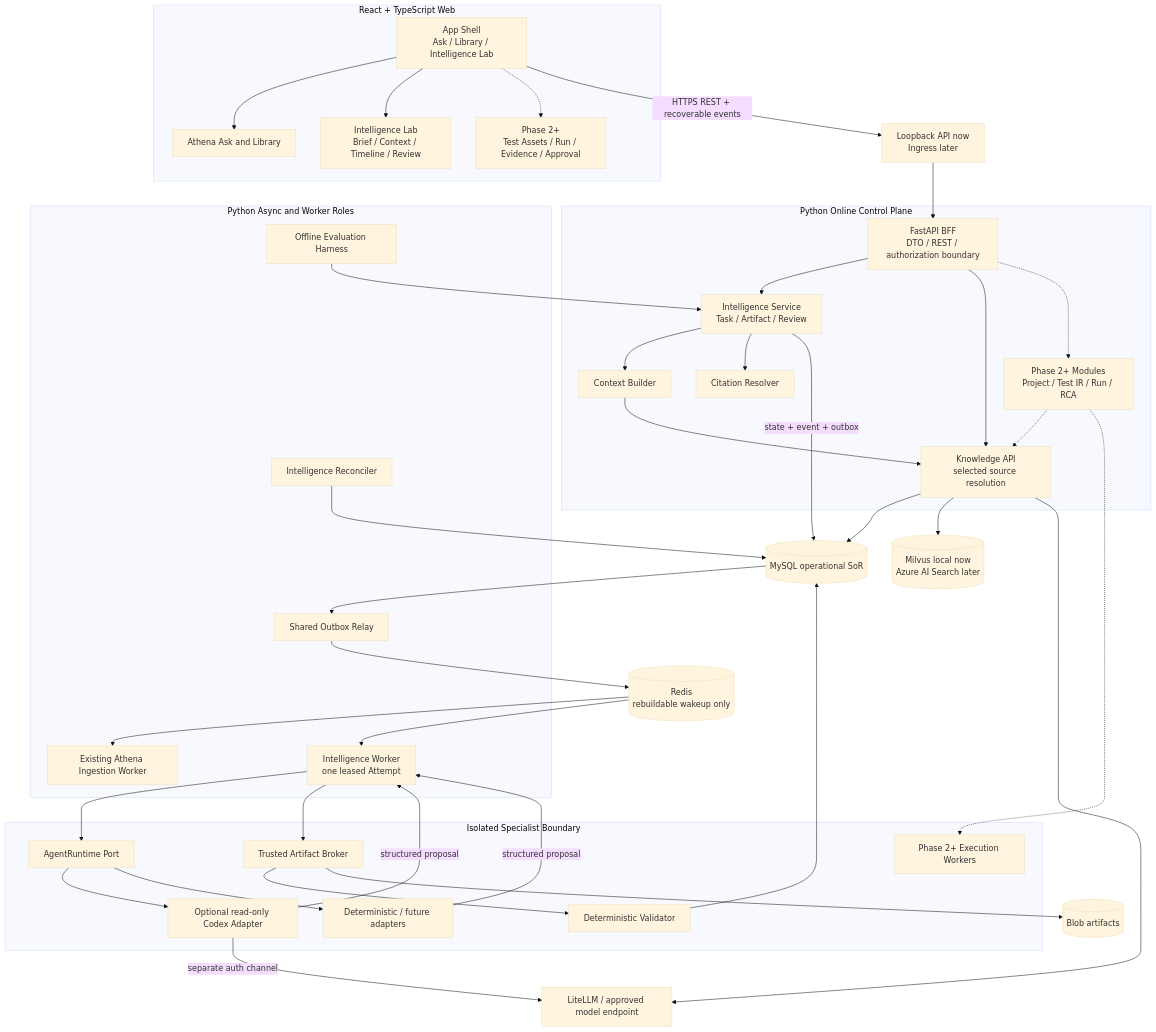
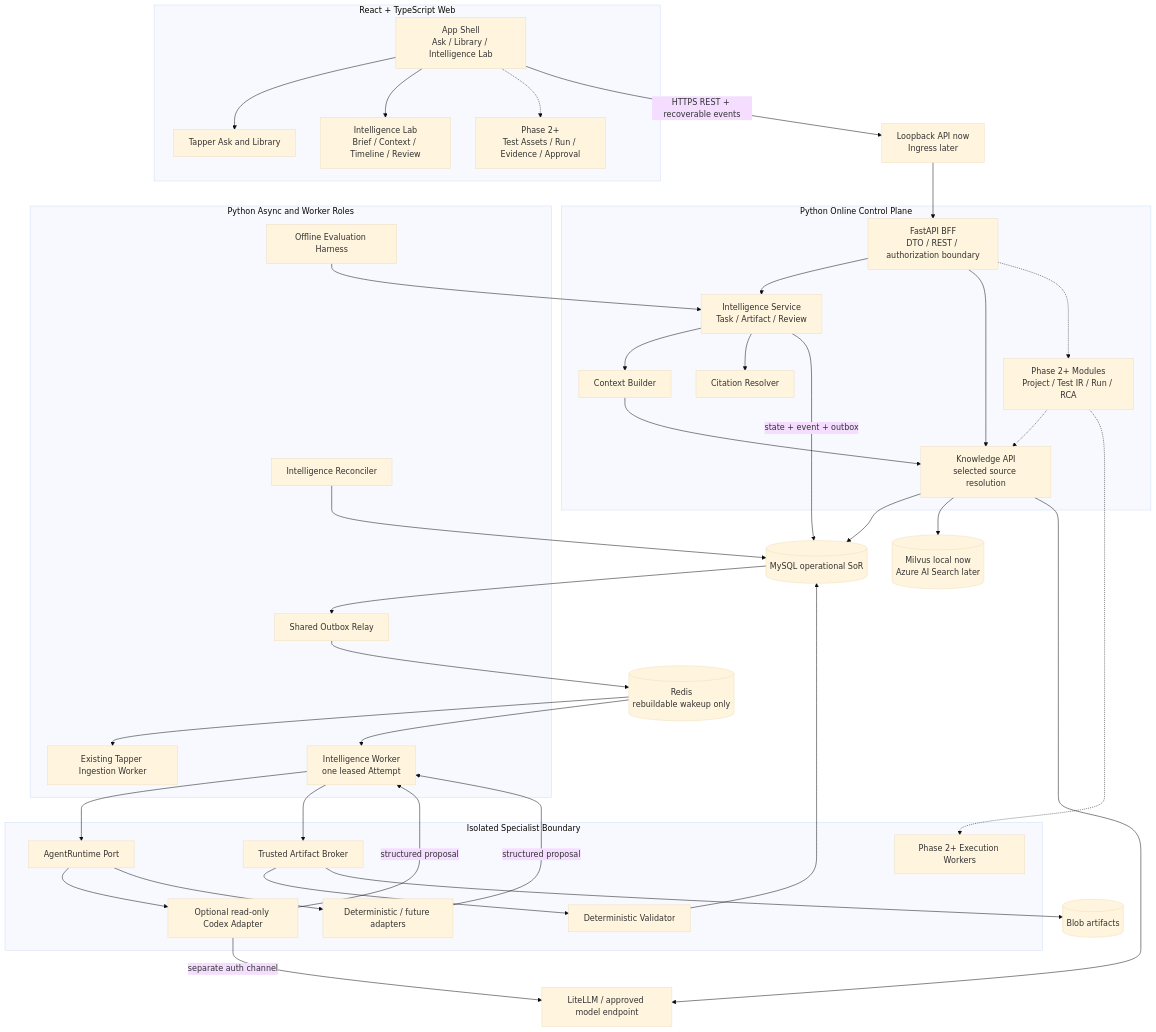
One commit to patrickstarpty/tap changed the third of 13 diagrams in docs/architecture/2026-08-20-overview.md. Above: the diagram before and after it, drawn with Mermaid (base theme). The commit also changed other lines of this file and 53 other files, not shown here.

````diff
--- a/docs/architecture/2026-08-20-overview.md
+++ b/docs/architecture/2026-08-20-overview.md
@@ -217,70 +217,70 @@
 ```mermaid
 flowchart TB
     subgraph Browser[React + TypeScript Web]
       Shell[App Shell<br/>Ask / Library / Intelligence Lab]
-      Athena[Athena Ask and Library]
+      Tapper[Tapper Ask and Library]
       Lab[Intelligence Lab<br/>Brief / Context / Timeline / Review]
       FutureUI[Phase 2+<br/>Test Assets / Run / Evidence / Approval]
-      Shell --> Athena
+      Shell --> Tapper
       Shell --> Lab
       Shell -.-> FutureUI
     end
 
     Shell -->|HTTPS REST + recoverable events| Ingress[Loopback API now<br/>Ingress later]
 
     subgraph Online[Python Online Control Plane]
       BFF[FastAPI BFF<br/>DTO / REST / authorization boundary]
       Intelligence[Intelligence Service<br/>Task / Artifact / Review]
       Context[Context Builder]
       Knowledge[Knowledge API<br/>selected source resolution]
       Citation[Citation Resolver]
       FuturePlatform[Phase 2+ Modules<br/>Project / Test IR / Run / RCA]
       BFF --> Intelligence
       Intelligence --> Context --> Knowledge
       Intelligence --> Citation
       BFF --> Knowledge
       BFF -.-> FuturePlatform
       FuturePlatform -.-> Knowledge
     end
 
     Ingress --> BFF
 
     subgraph Async[Python Async and Worker Roles]
-      Ingestion[Existing Athena Ingestion Worker]
+      Ingestion[Existing Tapper Ingestion Worker]
       Relay[Shared Outbox Relay]
       IntelligenceWorker[Intelligence Worker<br/>one leased Attempt]
       Reconciler[Intelligence Reconciler]
       EvalWorker[Offline Evaluation Harness]
     end
 
     Intelligence -->|state + event + outbox| MySQL[(MySQL operational SoR)]
     Knowledge --> MySQL
     MySQL --> Relay --> Redis[(Redis<br/>rebuildable wakeup only)]
     Redis --> Ingestion
     Redis --> IntelligenceWorker
     Reconciler --> MySQL
     EvalWorker --> Intelligence
 
     subgraph Specialist[Isolated Specialist Boundary]
       RuntimePort[AgentRuntime Port]
       Codex[Optional read-only Codex Adapter]
       OtherRuntime[Deterministic / future adapters]
       Broker[Trusted Artifact Broker]
       Validator[Deterministic Validator]
       FutureExecution[Phase 2+ Execution Workers]
       RuntimePort --> Codex
       RuntimePort --> OtherRuntime
       Codex -->|structured proposal| IntelligenceWorker
       OtherRuntime -->|structured proposal| IntelligenceWorker
       Broker --> Validator
     end
 
     IntelligenceWorker --> RuntimePort
     IntelligenceWorker --> Broker
     Validator --> MySQL
     Broker --> Blob[(Blob artifacts)]
     Knowledge --> Search[(Milvus local now<br/>Azure AI Search later)]
     Knowledge --> Model[LiteLLM / approved model endpoint]
     Codex -->|separate auth channel| Model
     FuturePlatform -.-> FutureExecution
 ```
````
